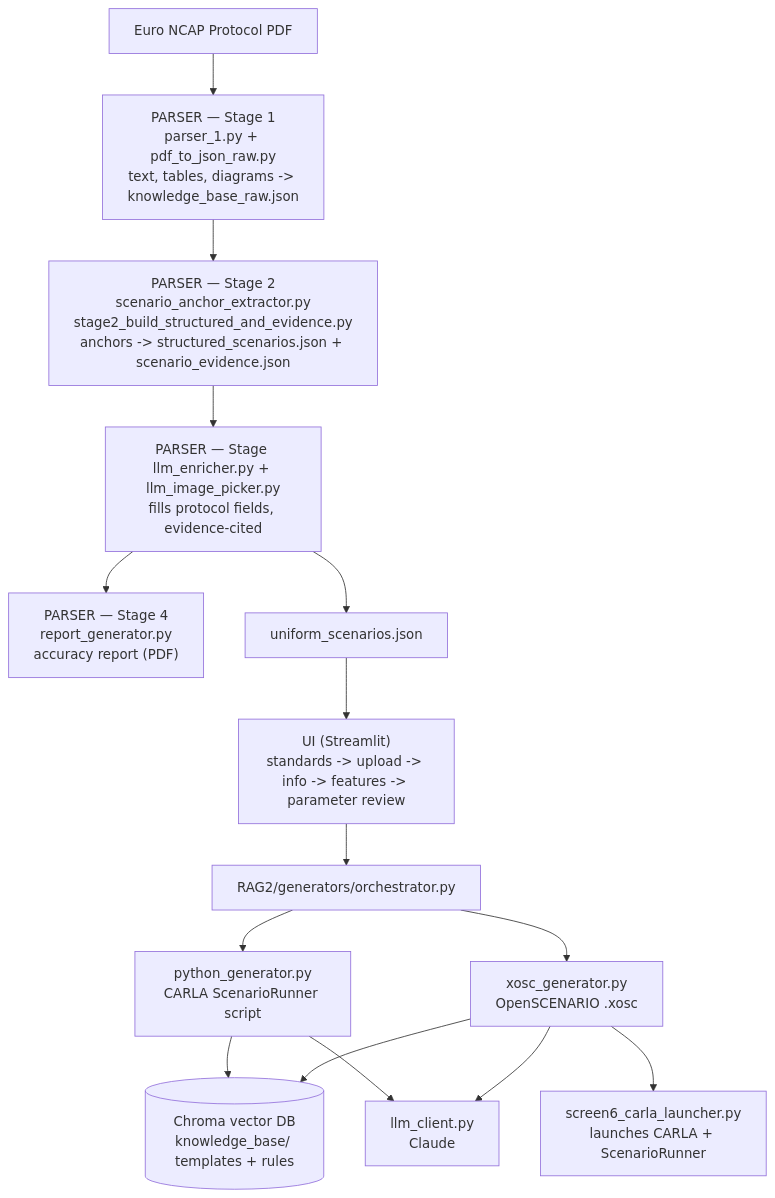
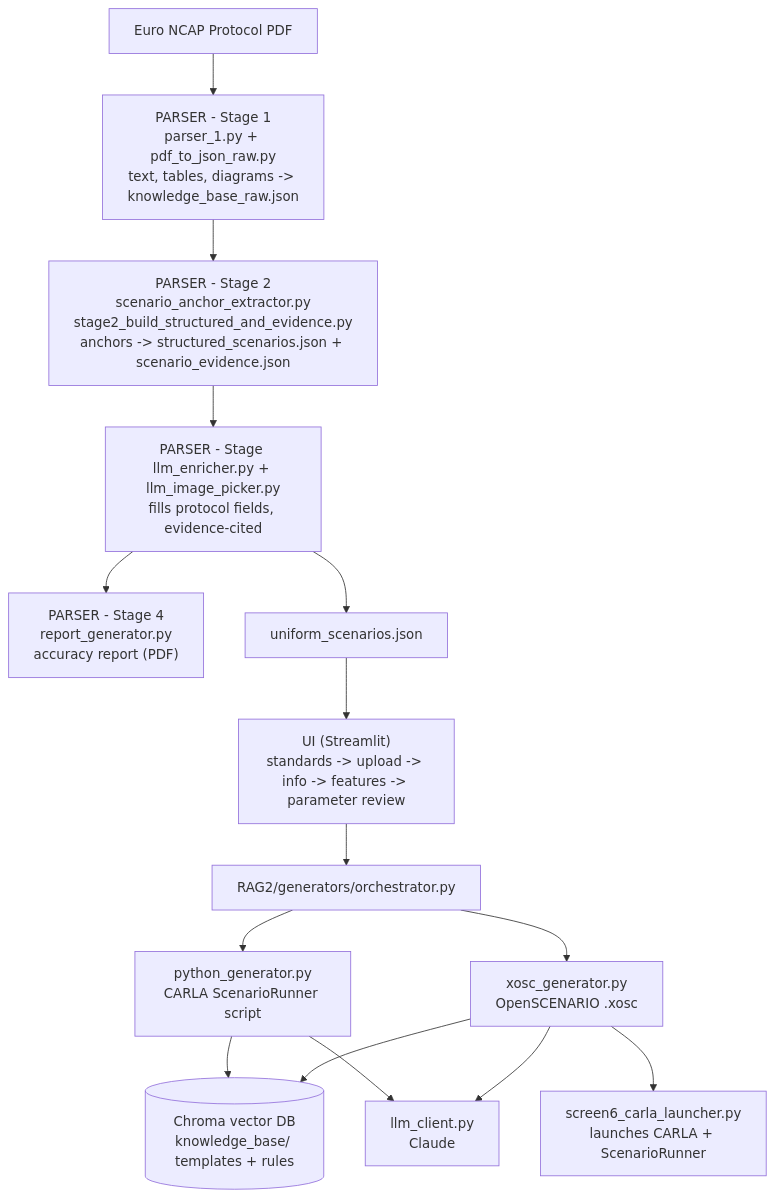
One commit to Shamanth650/MASTER_THESIS changed the diagram in README.md. Above: the diagram before and after it, drawn with Mermaid. The commit also changed other lines of this file, not shown here.

````diff
--- a/README.md
+++ b/README.md
@@ -39,21 +39,21 @@
 ```mermaid
 flowchart TD
-    PDF["Euro NCAP Protocol PDF"] --> P1["PARSER — Stage 1<br/>parser_1.py + pdf_to_json_raw.py<br/>text, tables, diagrams -> knowledge_base_raw.json"]
-    P1 --> P2["PARSER — Stage 2<br/>scenario_anchor_extractor.py<br/>stage2_build_structured_and_evidence.py<br/>anchors -> structured_scenarios.json + scenario_evidence.json"]
-    P2 --> P3["PARSER — Stage <br/>llm_enricher.py + llm_image_picker.py<br/>fills protocol fields, evidence-cited"]
-    P3 --> P4["PARSER — Stage 4<br/>report_generator.py<br/>accuracy report (PDF)"]
+    PDF["Euro NCAP Protocol PDF"] --> P1["PARSER - Stage 1<br/>parser_1.py + pdf_to_json_raw.py<br/>text, tables, diagrams -> knowledge_base_raw.json"]
+    P1 --> P2["PARSER - Stage 2<br/>scenario_anchor_extractor.py<br/>stage2_build_structured_and_evidence.py<br/>anchors -> structured_scenarios.json + scenario_evidence.json"]
+    P2 --> P3["PARSER - Stage <br/>llm_enricher.py + llm_image_picker.py<br/>fills protocol fields, evidence-cited"]
+    P3 --> P4["PARSER - Stage 4<br/>report_generator.py<br/>accuracy report (PDF)"]
     P3 --> UNI["uniform_scenarios.json"]
 
     UNI --> UI["UI (Streamlit)<br/>standards -> upload -> info -> features -> parameter review"]
     UI --> ORCH["RAG2/generators/orchestrator.py"]
 
     ORCH --> PY["python_generator.py<br/>CARLA ScenarioRunner script"]
     ORCH --> XOSC["xosc_generator.py<br/>OpenSCENARIO .xosc"]
 
     PY --> CHROMA[("Chroma vector DB<br/>knowledge_base/ templates + rules")]
     XOSC --> CHROMA
     PY --> LLM["llm_client.py<br/> Claude"]
     XOSC --> LLM
 
     XOSC --> LAUNCH["screen6_carla_launcher.py<br/>launches CARLA + ScenarioRunner"]
 ```
````
